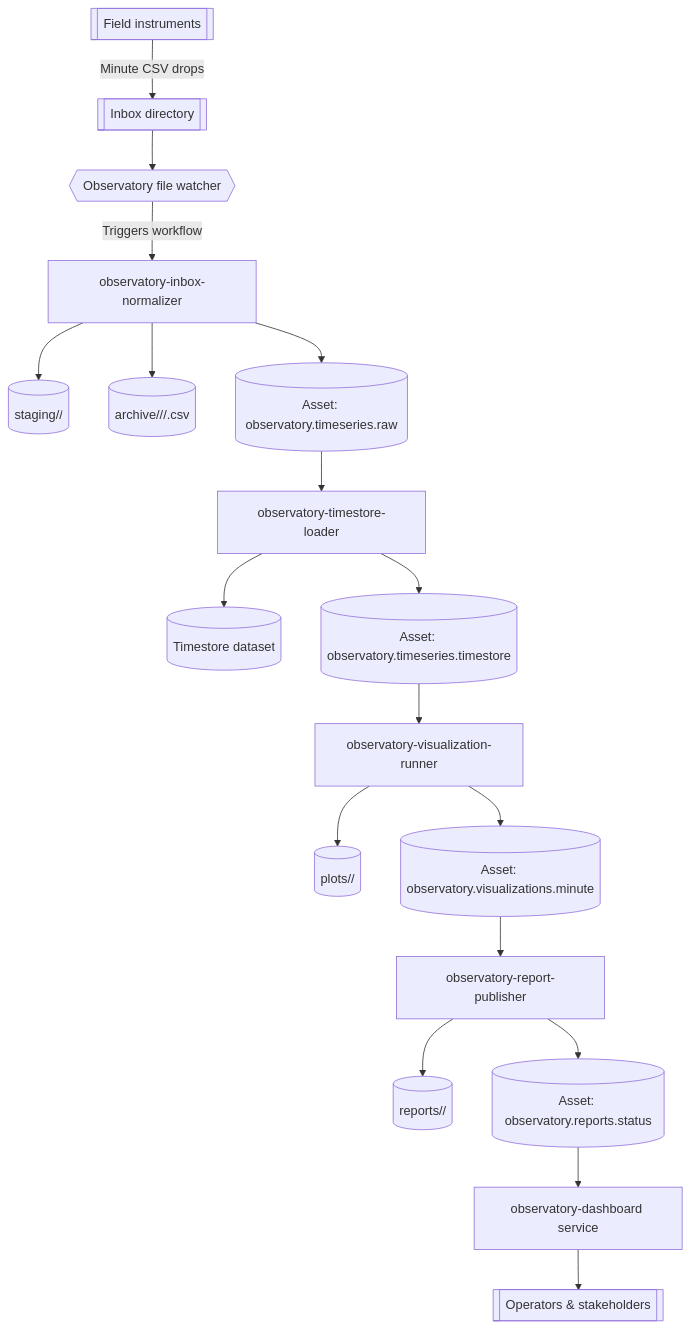
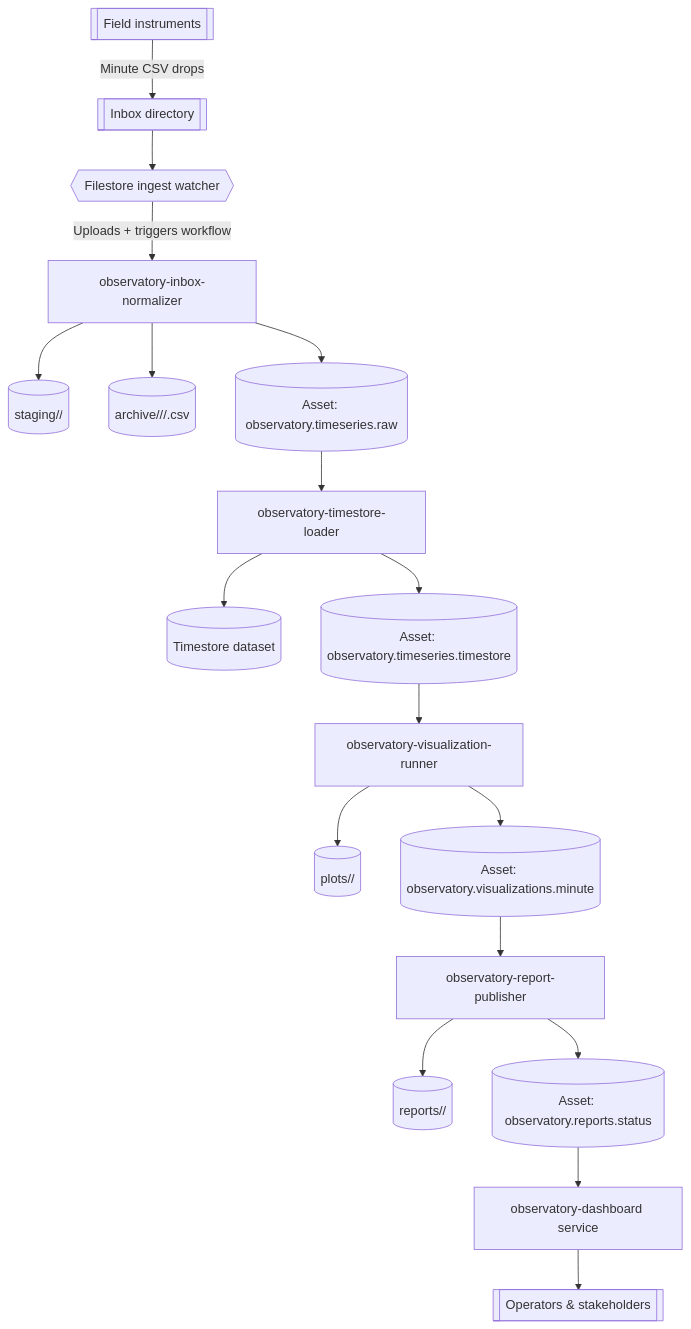
One commit to benediktbwimmer/apphub changed the diagram in docs/environmental-observatory-workflows.md. Above: the diagram before and after it, drawn with Mermaid. The commit also changed other lines of this file and 114 other files, not shown here.

````diff
--- a/docs/environmental-observatory-workflows.md
+++ b/docs/environmental-observatory-workflows.md
@@ -11,20 +11,20 @@
 ```mermaid
 graph TD
   Instruments[[Field instruments]] -->|Minute CSV drops| Inbox[[Inbox directory]]
-  Inbox --> Watcher{{Observatory file watcher}}
-  Watcher -->|Triggers workflow| Normalizer[observatory-inbox-normalizer]
+  Inbox --> Watcher{{Filestore ingest watcher}}
+  Watcher -->|Uploads + triggers workflow| Normalizer[observatory-inbox-normalizer]
   Normalizer --> Staging[(staging/<minute>/)]
   Normalizer --> Archive[(archive/<instrument>/<hour>/<minute>.csv)]
   Normalizer --> RawAsset[(Asset: observatory.timeseries.raw)]
   RawAsset --> Loader[observatory-timestore-loader]
   Loader --> Timestore[(Timestore dataset)]
   Loader --> TimestoreAsset[(Asset: observatory.timeseries.timestore)]
   TimestoreAsset --> Visualization[observatory-visualization-runner]
   Visualization --> Plots[(plots/<minute>/)]
   Visualization --> VizAsset[(Asset: observatory.visualizations.minute)]
   VizAsset --> Reporter[observatory-report-publisher]
   Reporter --> Reports[(reports/<minute>/)]
   Reporter --> ReportAsset[(Asset: observatory.reports.status)]
   ReportAsset --> Dashboard[observatory-dashboard service]
   Dashboard --> Viewers[[Operators & stakeholders]]
 ```
````
